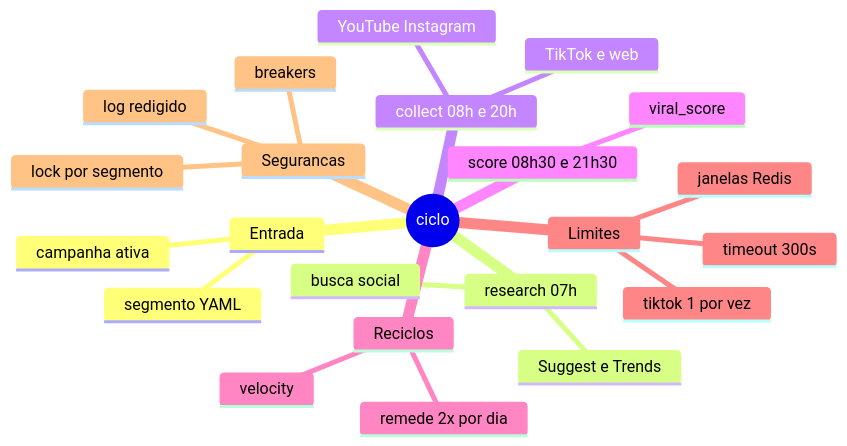
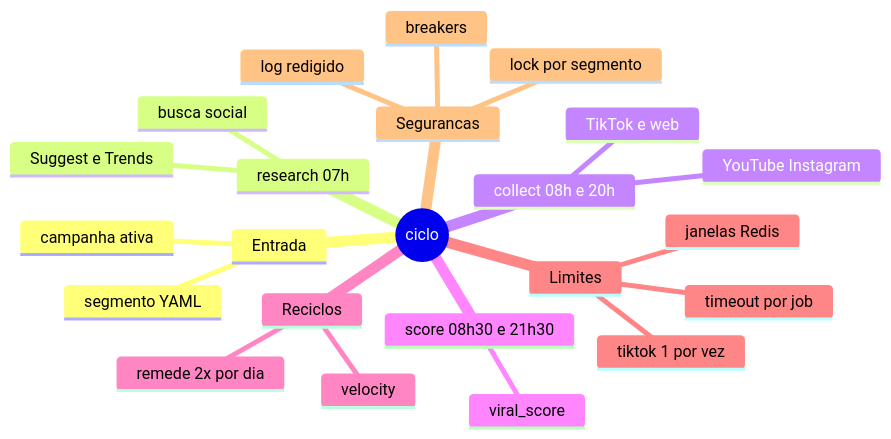
Before and after one commit to leonardodg/content-factory: the first of 7 diagrams in docs/diagram/mapa-do-ciclo.md, drawn with Mermaid. The commit also changed other lines of this file and 5 other files, not shown here.

First line of the commit message:
fix(worker): timeout explícito por job, abaixo do TTL do lock

````diff
--- a/docs/diagram/mapa-do-ciclo.md
+++ b/docs/diagram/mapa-do-ciclo.md
@@ -25,26 +25,26 @@
 ```mermaid
 mindmap
   root((ciclo))
     Entrada
       segmento YAML
       campanha ativa
     research 07h
       Suggest e Trends
       busca social
     collect 08h e 20h
       YouTube Instagram
       TikTok e web
     score 08h30 e 21h30
       viral_score
     Reciclos
       remede 2x por dia
       velocity
     Limites
       janelas Redis
       tiktok 1 por vez
-      timeout 300s
+      timeout por job
     Segurancas
       lock por segmento
       breakers
       log redigido
 ```
````
